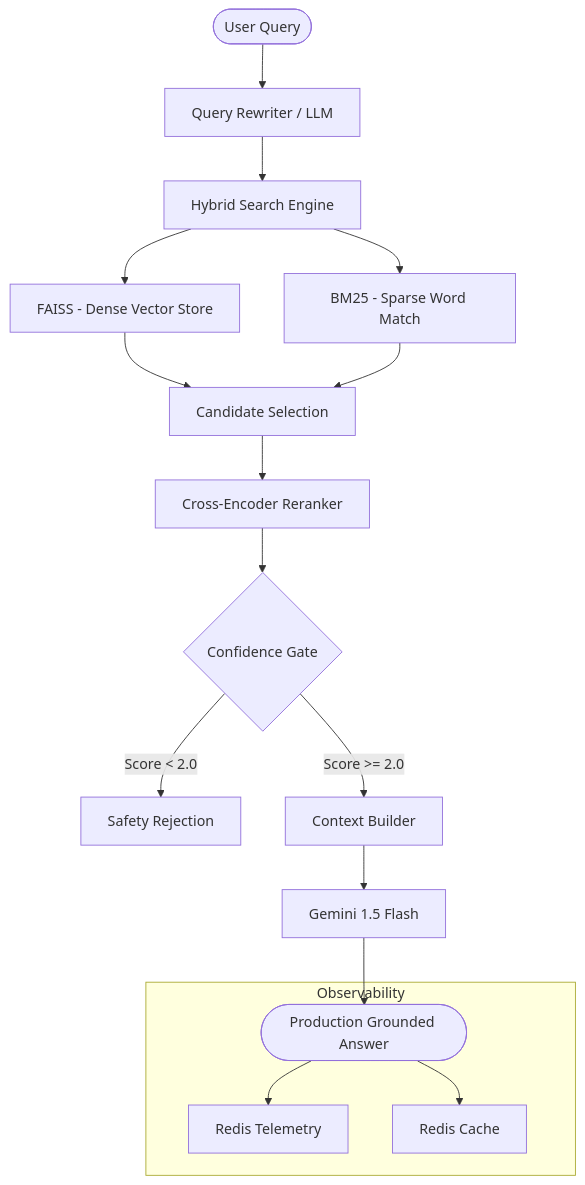
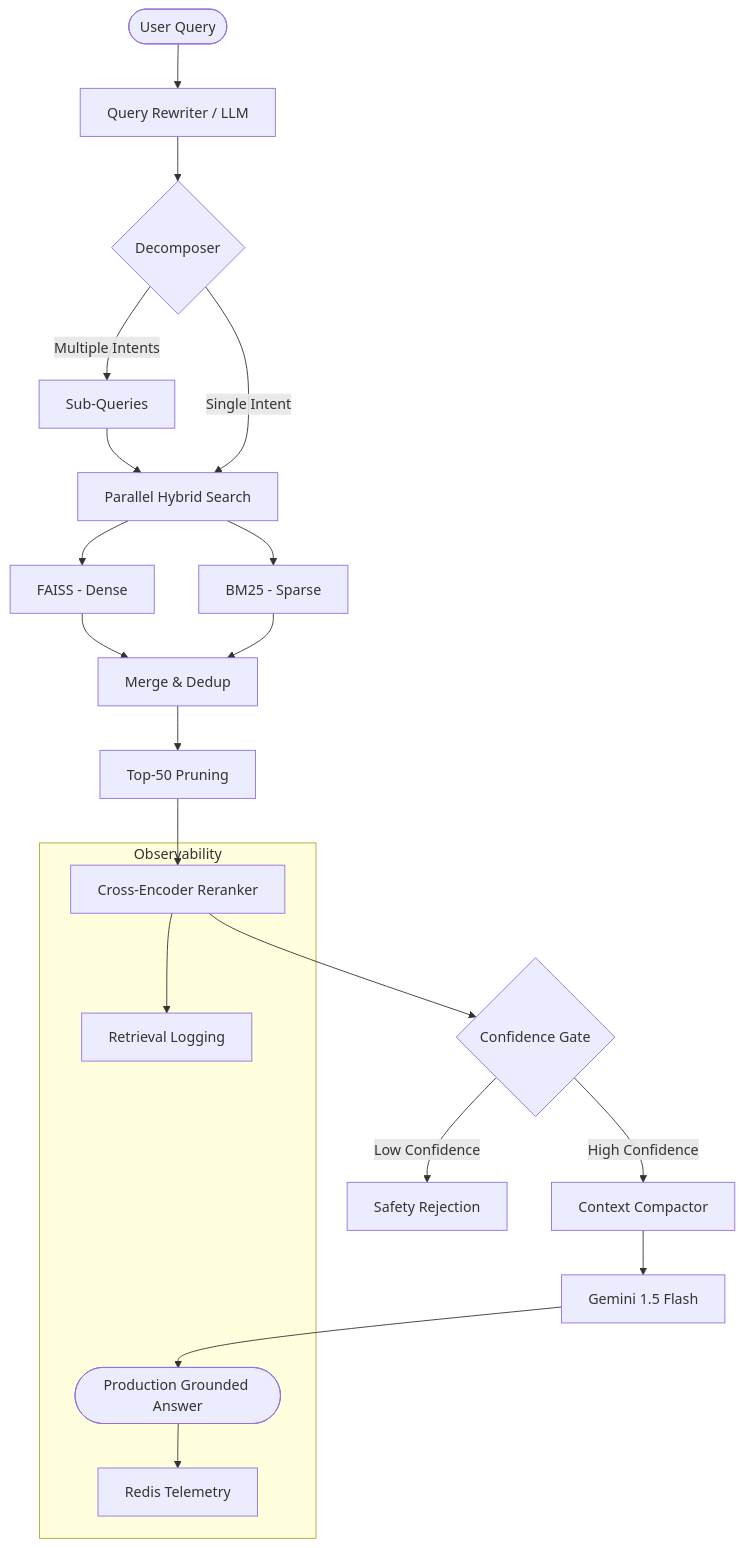
One commit to zeeshan2423/aviation-rag changed the diagram in README.md. Above: the diagram before and after it, drawn with Mermaid. The commit also changed other lines of this file and 2 other files, not shown here.

Commit message:
docs: update system architecture and technical specifications for Phase 2 upgrades

````diff
--- a/README.md
+++ b/README.md
@@ -11,20 +11,24 @@
 ```mermaid
 graph TD
     User([User Query]) --> Rewriter[Query Rewriter / LLM]
-    Rewriter --> Hybrid[Hybrid Search Engine]
-    Hybrid --> Dense[FAISS - Dense Vector Store]
-    Hybrid --> Sparse[BM25 - Sparse Word Match]
-    Dense --> Candidates[Candidate Selection]
-    Sparse --> Candidates
-    Candidates --> Reranker[Cross-Encoder Reranker]
+    Rewriter --> Decomposer{Decomposer}
+    Decomposer -- Multiple Intents --> SubQueries[Sub-Queries]
+    SubQueries --> Parallel[Parallel Hybrid Search]
+    Decomposer -- Single Intent --> Parallel
+    Parallel --> Dense[FAISS - Dense]
+    Parallel --> Sparse[BM25 - Sparse]
+    Dense --> Merge[Merge & Dedup]
+    Sparse --> Merge
+    Merge --> Pruner[Top-50 Pruning]
+    Pruner --> Reranker[Cross-Encoder Reranker]
     Reranker --> Gate{Confidence Gate}
-    Gate -- Score < 2.0 --> Reject[Safety Rejection]
-    Gate -- Score >= 2.0 --> Build[Context Builder]
-    Build --> Generator[Gemini 1.5 Flash]
+    Gate -- Low Confidence --> Reject[Safety Rejection]
+    Gate -- High Confidence --> Compact[Context Compactor]
+    Compact --> Generator[Gemini 1.5 Flash]
     Generator --> Response([Production Grounded Answer])
     
     subgraph Observability
         Response --> Metrics[Redis Telemetry]
-        Response --> Cache[Redis Cache]
+        Reranker --> Log[Retrieval Logging]
     end
 ```
````
